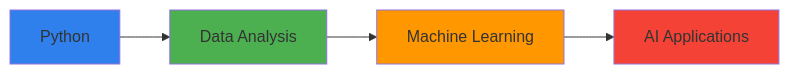
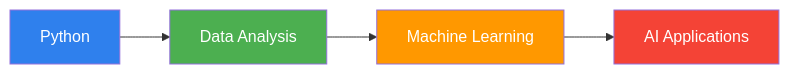
One commit to Vaanishka/Vaanishka changed the diagram in README.md. Above: the diagram before and after it, drawn with Mermaid.

Commit message:
README.md

````diff
--- a/README.md
+++ b/README.md
@@ -36,10 +36,10 @@
 ```mermaid
 graph LR
     A[Python] --> B[Data Analysis]
     B --> C[Machine Learning]
     C --> D[AI Applications]
-    style A fill:#2f80ed
-    style B fill:#4CAF50
-    style C fill:#ff9800
-    style D fill:#f44336
+    style A fill:#2f80ed, color:#ffffff
+    style B fill:#4CAF50, color:#ffffff
+    style C fill:#ff9800, color:#ffffff
+    style D fill:#f44336, color:#ffffff
 ```
````
